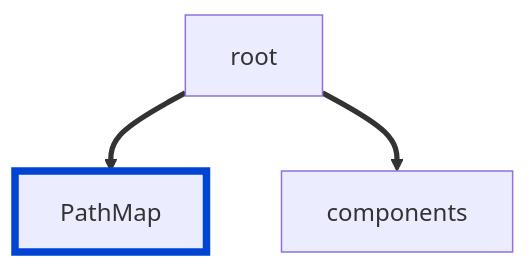
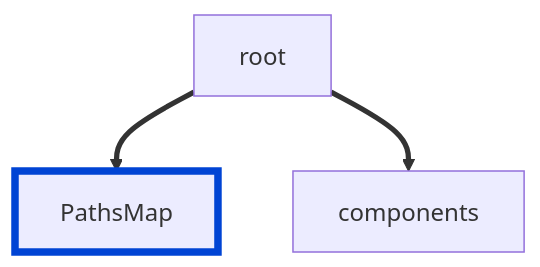
One commit to Redocly/redocly-cli changed the diagram in docs/rules/no-ambiguous-paths.md. Above: the diagram before and after it, drawn with Mermaid. The commit also changed 32 other files, not shown here.

````diff
--- a/docs/rules/no-ambiguous-paths.md
+++ b/docs/rules/no-ambiguous-paths.md
@@ -24,9 +24,9 @@
 ```mermaid
 flowchart TD
 
-root ==> PathMap
+root ==> PathsMap
 
 root ==> components
 
-style PathMap fill:#codaf9,stroke:#0044d4,stroke-width:5px
+style PathsMap fill:#codaf9,stroke:#0044d4,stroke-width:5px
 ```
````
